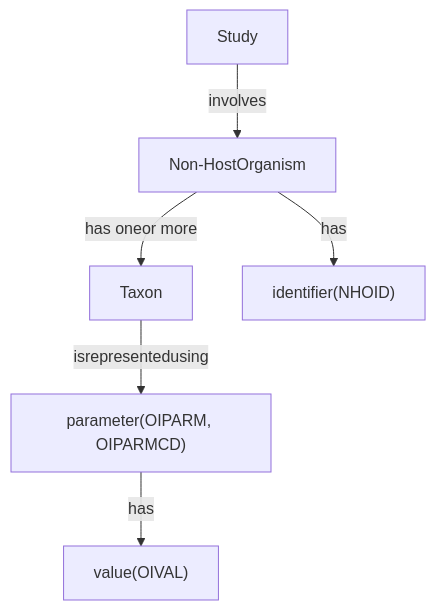
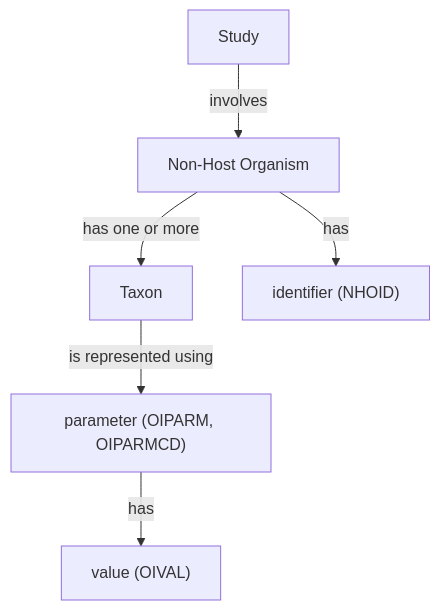
Before and after one commit to hakupao/sdtm-pedia: the second of 2 diagrams in knowledge_base/model/05_study_level_data.md, drawn with Mermaid. The commit also changed other lines of this file and 10 other files, not shown here.

````diff
--- a/knowledge_base/model/05_study_level_data.md
+++ b/knowledge_base/model/05_study_level_data.md
@@ -272,15 +319,15 @@
 ```mermaid
 graph TD
     Study["Study"]
-    NHO["Non-HostOrganism"]
+    NHO["Non-Host Organism"]
     Taxon["Taxon"]
-    ID["identifier(NHOID)"]
-    PARAM["parameter(OIPARM, OIPARMCD)"]
-    VAL["value(OIVAL)"]
+    ID["identifier (NHOID)"]
+    PARAM["parameter (OIPARM, OIPARMCD)"]
+    VAL["value (OIVAL)"]
 
     Study -->|involves| NHO
-    NHO -->|"has oneor more"| Taxon
+    NHO -->|"has one or more"| Taxon
     NHO -->|has| ID
-    Taxon -->|"isrepresentedusing"| PARAM
+    Taxon -->|"is represented using"| PARAM
     PARAM -->|has| VAL
 ```
````
